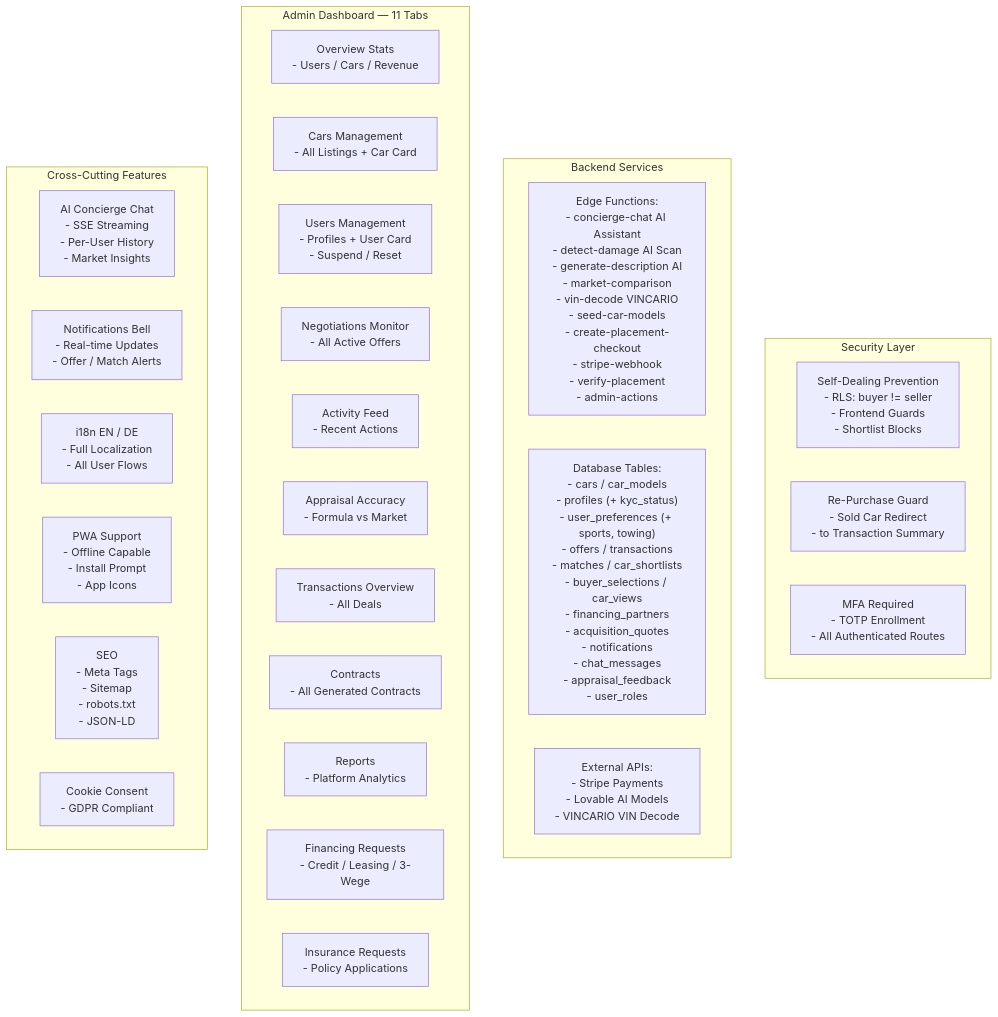
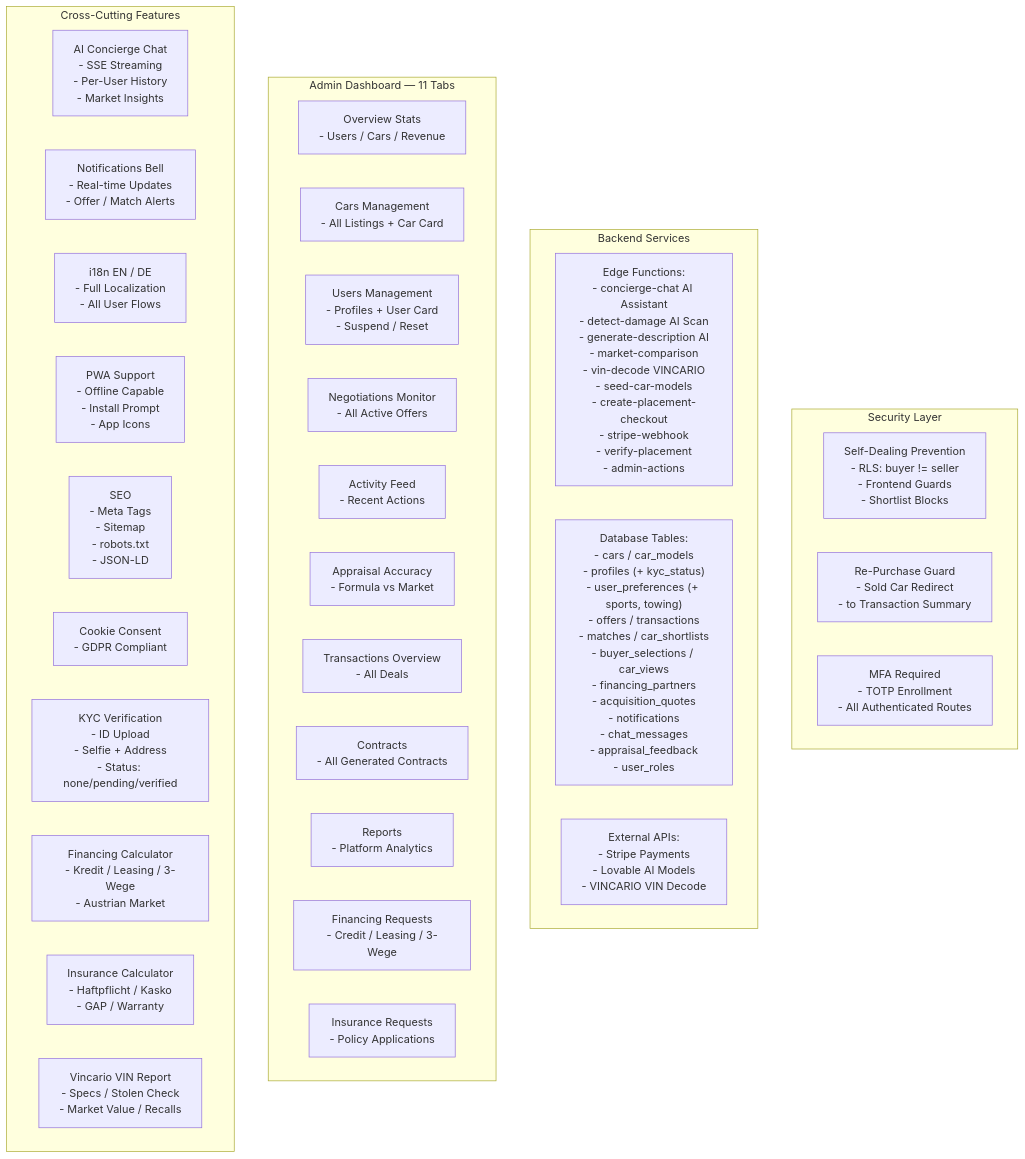
The diagram in public/docs/system-overview.md (dameco1/autozon), drawn with Mermaid before and after one commit. The commit also changed 4 other files, not shown here.

````diff
--- a/public/docs/system-overview.md
+++ b/public/docs/system-overview.md
@@ -5,37 +5,41 @@
 ```mermaid
 flowchart TD
     subgraph SECURITY["Security Layer"]
         SEC1["Self-Dealing Prevention\n- RLS: buyer != seller\n- Frontend Guards\n- Shortlist Blocks"]
         SEC2["Re-Purchase Guard\n- Sold Car Redirect\n- to Transaction Summary"]
         SEC3["MFA Required\n- TOTP Enrollment\n- All Authenticated Routes"]
     end
 
     subgraph BACKEND["Backend Services"]
         BE1["Edge Functions:\n- concierge-chat AI Assistant\n- detect-damage AI Scan\n- generate-description AI\n- market-comparison\n- vin-decode VINCARIO\n- seed-car-models\n- create-placement-checkout\n- stripe-webhook\n- verify-placement\n- admin-actions"]
         BE2["Database Tables:\n- cars / car_models\n- profiles (+ kyc_status)\n- user_preferences (+ sports, towing)\n- offers / transactions\n- matches / car_shortlists\n- buyer_selections / car_views\n- financing_partners\n- acquisition_quotes\n- notifications\n- chat_messages\n- appraisal_feedback\n- user_roles"]
         BE3["External APIs:\n- Stripe Payments\n- Lovable AI Models\n- VINCARIO VIN Decode"]
     end
 
     subgraph ADMIN["Admin Dashboard — 11 Tabs"]
         AD1["Overview Stats\n- Users / Cars / Revenue"]
         AD2["Cars Management\n- All Listings + Car Card"]
         AD3["Users Management\n- Profiles + User Card\n- Suspend / Reset"]
         AD4["Negotiations Monitor\n- All Active Offers"]
         AD5["Activity Feed\n- Recent Actions"]
         AD6["Appraisal Accuracy\n- Formula vs Market"]
         AD7["Transactions Overview\n- All Deals"]
         AD8["Contracts\n- All Generated Contracts"]
         AD9["Reports\n- Platform Analytics"]
         AD10["Financing Requests\n- Credit / Leasing / 3-Wege"]
         AD11["Insurance Requests\n- Policy Applications"]
     end
 
     subgraph FEATURES["Cross-Cutting Features"]
         F1["AI Concierge Chat\n- SSE Streaming\n- Per-User History\n- Market Insights"]
         F2["Notifications Bell\n- Real-time Updates\n- Offer / Match Alerts"]
         F3["i18n EN / DE\n- Full Localization\n- All User Flows"]
         F4["PWA Support\n- Offline Capable\n- Install Prompt\n- App Icons"]
         F5["SEO\n- Meta Tags\n- Sitemap\n- robots.txt\n- JSON-LD"]
         F6["Cookie Consent\n- GDPR Compliant"]
+        F7["KYC Verification\n- ID Upload\n- Selfie + Address\n- Status: none/pending/verified"]
+        F8["Financing Calculator\n- Kredit / Leasing / 3-Wege\n- Austrian Market"]
+        F9["Insurance Calculator\n- Haftpflicht / Kasko\n- GAP / Warranty"]
+        F10["Vincario VIN Report\n- Specs / Stolen Check\n- Market Value / Recalls"]
     end
 ```
````
